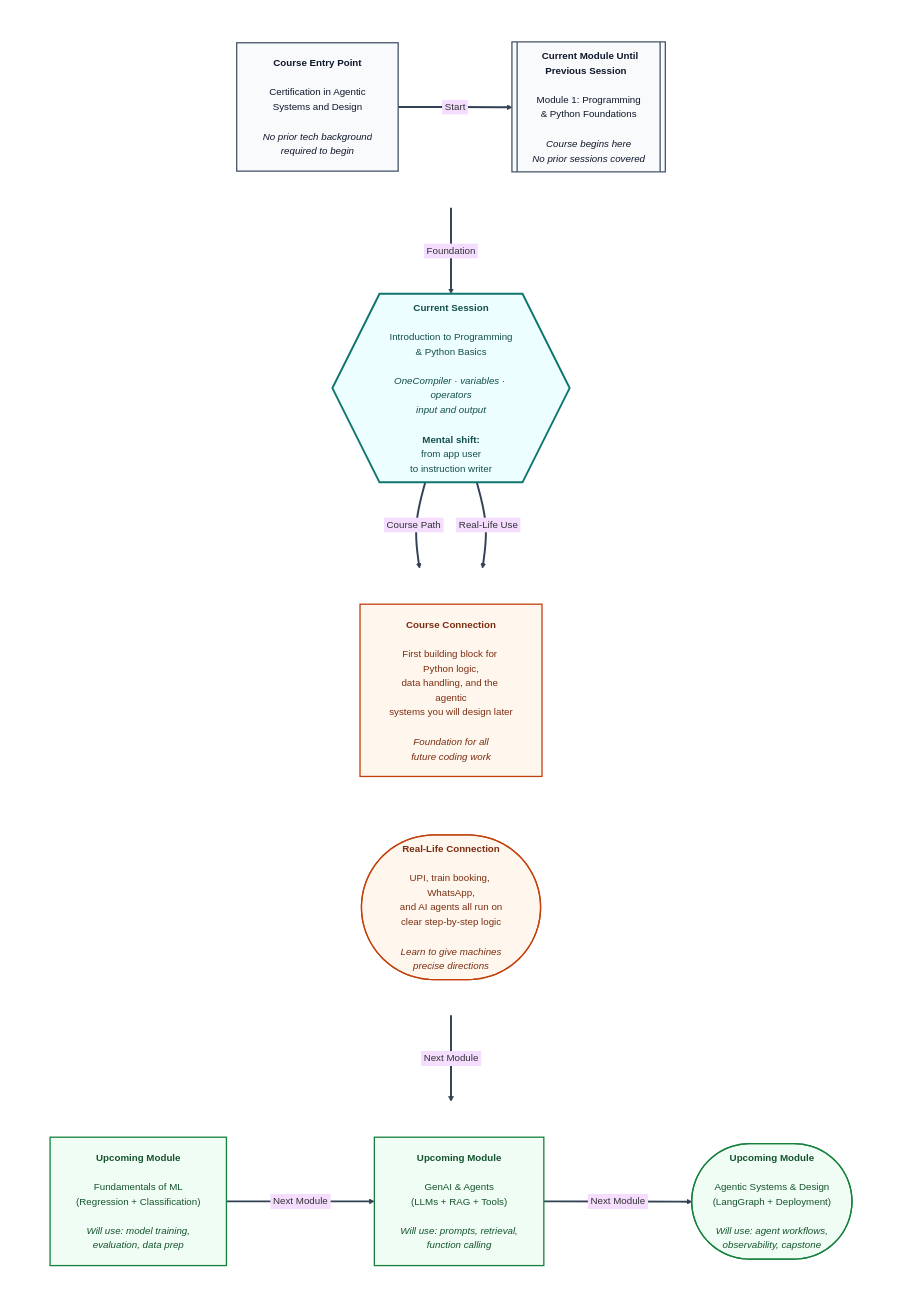
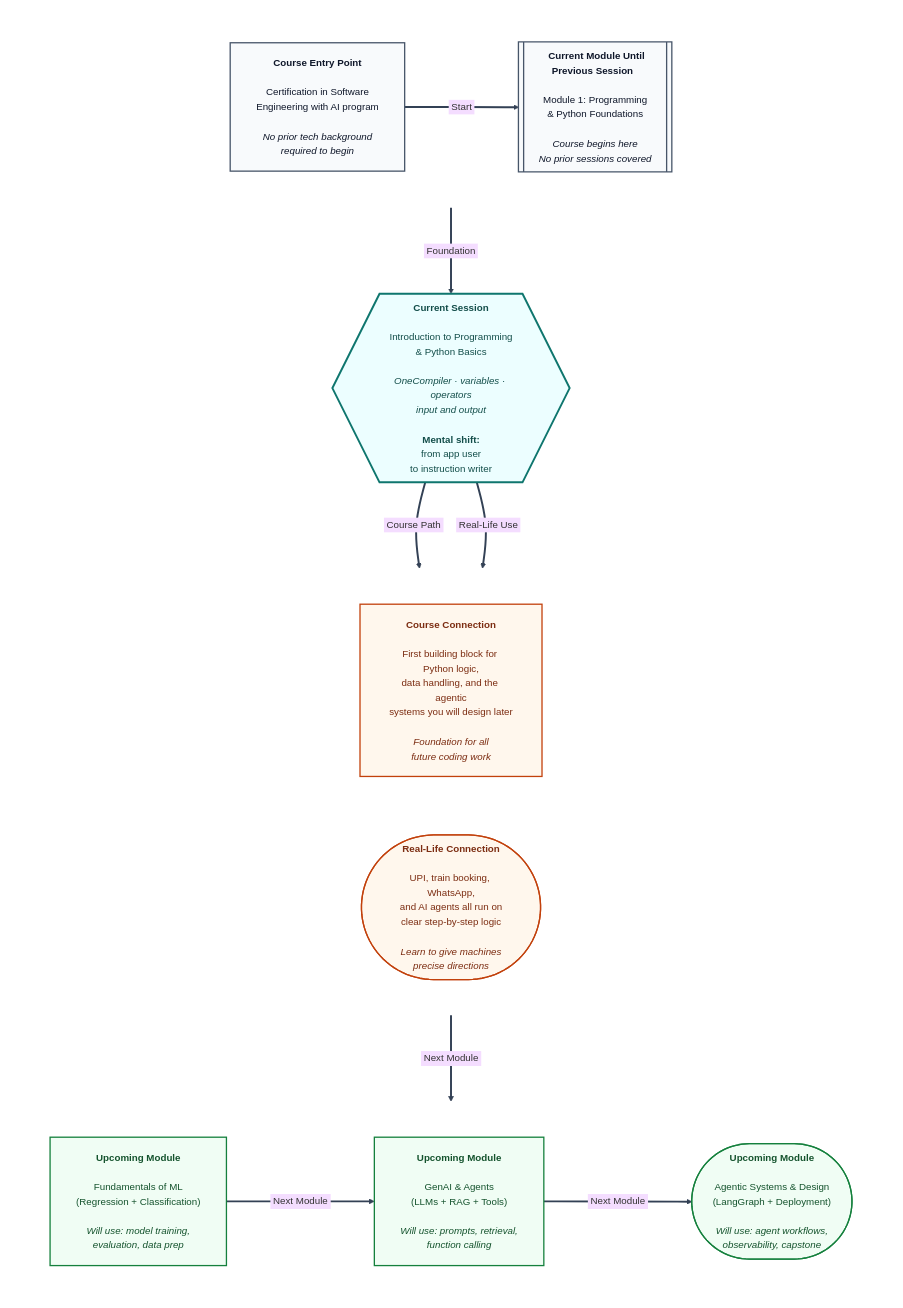
One commit to ABVenu/IIT_Sessions_Content changed the diagram in iitreict-se-2606/Module1/Session01/Mental Map.md. Above: the diagram before and after it, drawn with Mermaid. The commit also changed 3 other files, not shown here.

````diff
--- a/iitreict-se-2606/Module1/Session01/Mental Map.md
+++ b/iitreict-se-2606/Module1/Session01/Mental Map.md
@@ -1,47 +1,47 @@
 ```mermaid
 %%{init: {"diagramPadding": 24, "flowchart": {"htmlLabels": true, "nodeSpacing": 90, "rankSpacing": 110, "curve": "basis", "padding": 20}, "theme": "base", "themeVariables": {"fontFamily": "Arial", "fontSize": "15px", "lineColor": "#334155"}}}%%
 flowchart TB
     subgraph FOUNDATION[" "]
         direction LR
-        ENTRY["&nbsp;&nbsp;<b>Course Entry Point</b>&nbsp;&nbsp;<br/><br/>Certification in Agentic<br/>Systems and Design<br/><br/><i>No prior tech background<br/>required to begin</i>"]
+        ENTRY["&nbsp;&nbsp;<b>Course Entry Point</b>&nbsp;&nbsp;<br/><br/>Certification in Software<br/>Engineering with AI program<br/><br/><i>No prior tech background<br/>required to begin</i>"]
         CM[["&nbsp;&nbsp;<b>Current Module Until Previous Session</b>&nbsp;&nbsp;<br/><br/>Module 1: Programming<br/>&amp; Python Foundations<br/><br/><i>Course begins here<br/>No prior sessions covered</i>"]]
     end
 
     CURRENT{{"&nbsp;&nbsp;<b>Current Session</b>&nbsp;&nbsp;<br/><br/>Introduction to Programming<br/>&amp; Python Basics<br/><br/><i>OneCompiler · variables · operators<br/>input and output</i><br/><br/><b>Mental shift:</b><br/>from app user<br/>to instruction writer"}}
 
     subgraph VALUE[" "]
         direction LR
         COURSE["&nbsp;&nbsp;<b>Course Connection</b>&nbsp;&nbsp;<br/><br/>First building block for Python logic,<br/>data handling, and the agentic<br/>systems you will design later<br/><br/><i>Foundation for all<br/>future coding work</i>"]
         REAL(["&nbsp;&nbsp;<b>Real-Life Connection</b>&nbsp;&nbsp;<br/><br/>UPI, train booking, WhatsApp,<br/>and AI agents all run on<br/>clear step-by-step logic<br/><br/><i>Learn to give machines<br/>precise directions</i>"])
     end
 
     subgraph FUTURE[" "]
         direction LR
         M2["&nbsp;&nbsp;<b>Upcoming Module</b>&nbsp;&nbsp;<br/><br/>Fundamentals of ML<br/>(Regression + Classification)<br/><br/><i>Will use: model training,<br/>evaluation, data prep</i>"]
         M3["&nbsp;&nbsp;<b>Upcoming Module</b>&nbsp;&nbsp;<br/><br/>GenAI &amp; Agents<br/>(LLMs + RAG + Tools)<br/><br/><i>Will use: prompts, retrieval,<br/>function calling</i>"]
         M4(["&nbsp;&nbsp;<b>Upcoming Module</b>&nbsp;&nbsp;<br/><br/>Agentic Systems &amp; Design<br/>(LangGraph + Deployment)<br/><br/><i>Will use: agent workflows,<br/>observability, capstone</i>"])
     end
 
     ENTRY ==>|&nbsp;Start&nbsp;| CM
     CM ==>|&nbsp;Foundation&nbsp;| CURRENT
     CURRENT ==>|&nbsp;Course Path&nbsp;| COURSE
     CURRENT ==>|&nbsp;Real-Life Use&nbsp;| REAL
     COURSE ==>|&nbsp;Next Module&nbsp;| M2
     M2 ==>|&nbsp;Next Module&nbsp;| M3
     M3 ==>|&nbsp;Next Module&nbsp;| M4
 
     classDef previous fill:#f8fafc,stroke:#475569,stroke-width:2px,color:#0f172a
     classDef current fill:#ecfeff,stroke:#0f766e,stroke-width:3px,color:#134e4a
     classDef value fill:#fff7ed,stroke:#c2410c,stroke-width:2px,color:#7c2d12
     classDef future fill:#f0fdf4,stroke:#15803d,stroke-width:2px,color:#14532d
 
     class ENTRY,CM previous
     class CURRENT current
     class COURSE,REAL value
     class M2,M3,M4 future
 
     style FOUNDATION fill:transparent,stroke:transparent
     style VALUE fill:transparent,stroke:transparent
     style FUTURE fill:transparent,stroke:transparent
     linkStyle default stroke:#334155,stroke-width:3px
 ```
````
